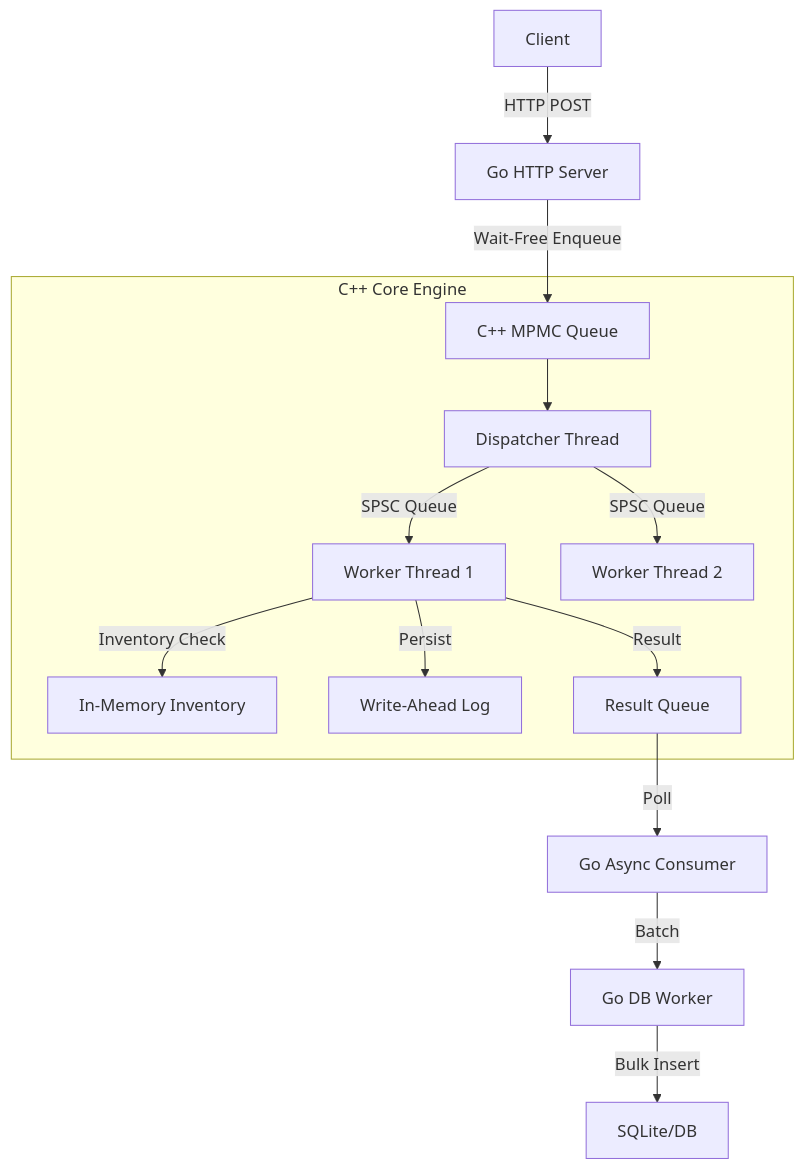
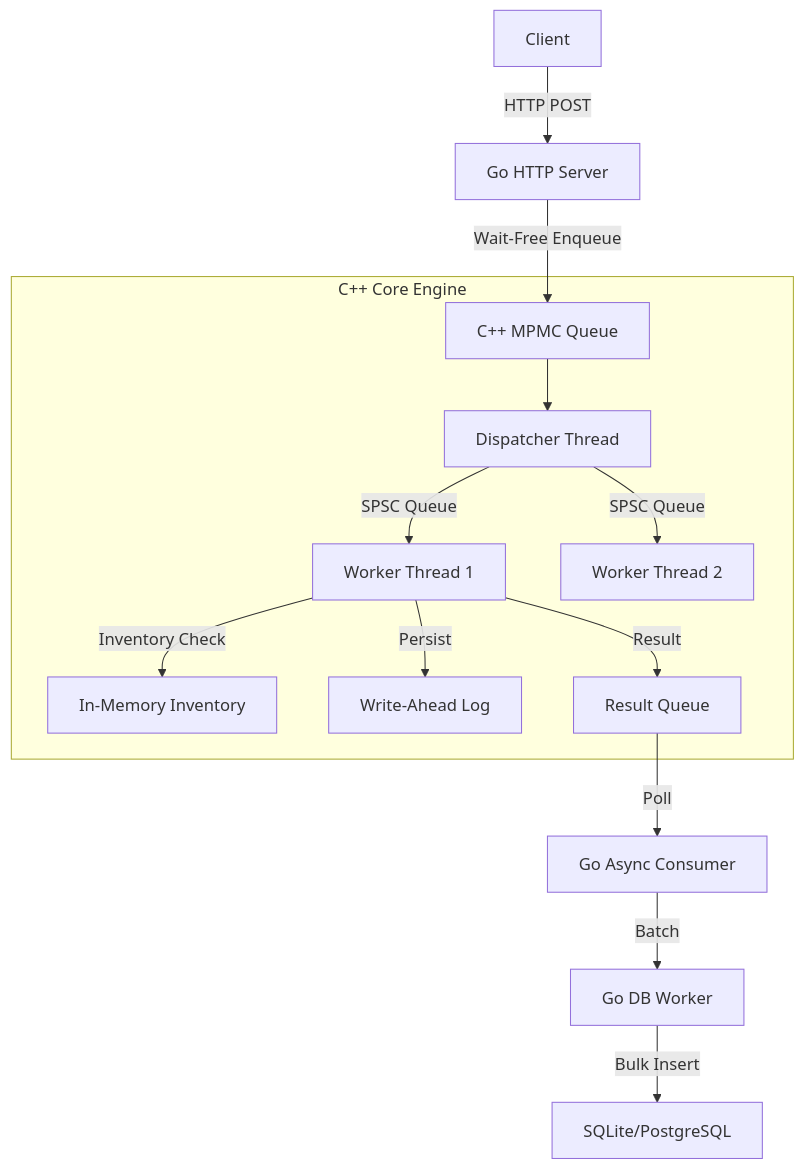
One commit to waikitpo/flashsale-system-imitation changed the diagram in README.md. Above: the diagram before and after it, drawn with Mermaid. The commit also changed other lines of this file and 9 other files, not shown here.

````diff
--- a/README.md
+++ b/README.md
@@ -20,19 +23,19 @@
 ```mermaid
 graph TD
     Client[Client] -->|HTTP POST| GoAPI[Go HTTP Server]
     GoAPI -->|Wait-Free Enqueue| MPMC[C++ MPMC Queue]
     
     subgraph "C++ Core Engine"
         MPMC --> Dispatcher[Dispatcher Thread]
         Dispatcher -->|SPSC Queue| Worker1[Worker Thread 1]
         Dispatcher -->|SPSC Queue| Worker2[Worker Thread 2]
         
         Worker1 -->|Inventory Check| RAM[In-Memory Inventory]
         Worker1 -->|Persist| WAL[Write-Ahead Log]
         Worker1 -->|Result| ResultQ[Result Queue]
     end
     
     ResultQ -->|Poll| GoConsumer[Go Async Consumer]
     GoConsumer -->|Batch| GoDBWorker[Go DB Worker]
-    GoDBWorker -->|Bulk Insert| SQLite[SQLite/DB]
+    GoDBWorker -->|Bulk Insert| SQLite/PostgreSQL
 ```
````
